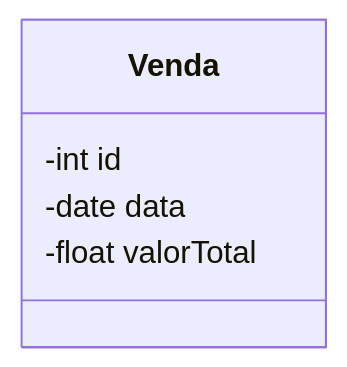
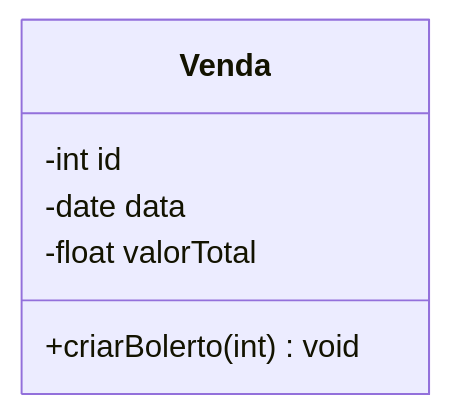
Before and after one commit to gabrielriosdias/poojavaceub-grupo2: the diagram in venda.md, drawn with Mermaid.

````diff
--- a/venda.md
+++ b/venda.md
@@ -1,8 +1,9 @@
 ```mermaid
 classDiagram
  class Venda {
         -int id
         -date data
         -float valorTotal
-    }
+        +criarBolerto (int) void
+ }
 ```
````
